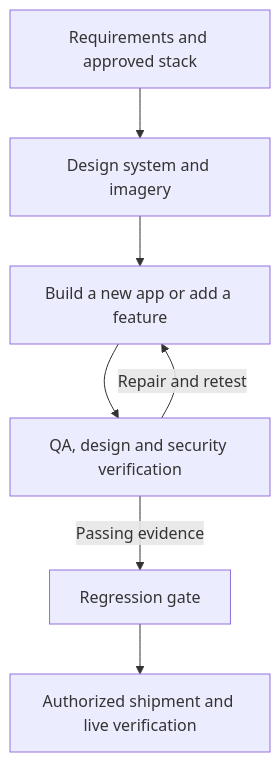
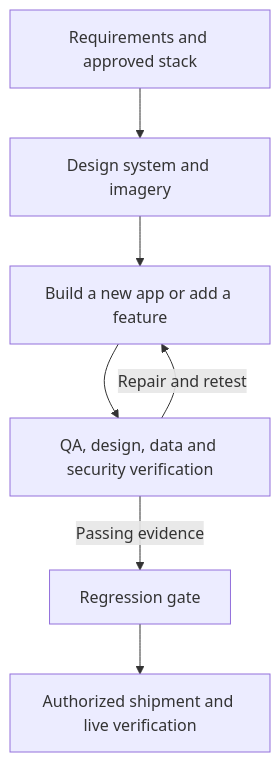
The diagram in README.md (Jss-on/autoforge), drawn with Mermaid before and after one commit. The commit also changed other lines of this file and 1 other file, not shown here.

Commit message:
docs: standardize the README with the create-readme skill (awesome-copilot) — 431 lines, commands table linked to guides, Software + data section; publishing runbook moves to CONTRIBUTING

````diff
--- a/README.md
+++ b/README.md
@@ -465,9 +228,9 @@
 ```mermaid
 flowchart TD
     R[Requirements and approved stack] --> D[Design system and imagery]
     D --> B[Build a new app or add a feature]
-    B --> V[QA, design and security verification]
+    B --> V[QA, design, data and security verification]
     V -->|Repair and retest| B
     V -->|Passing evidence| G[Regression gate]
     G --> S[Authorized shipment and live verification]
 ```
````
